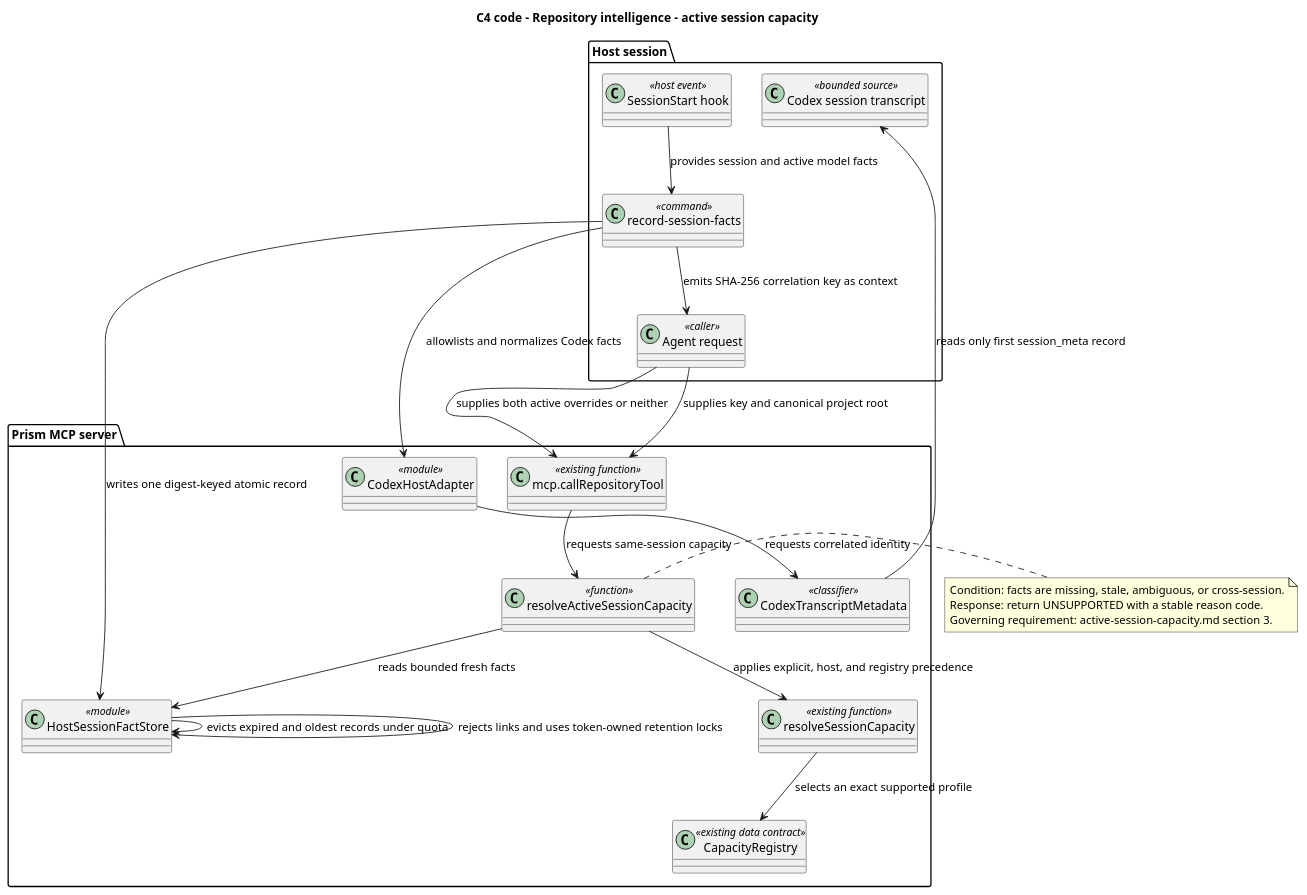
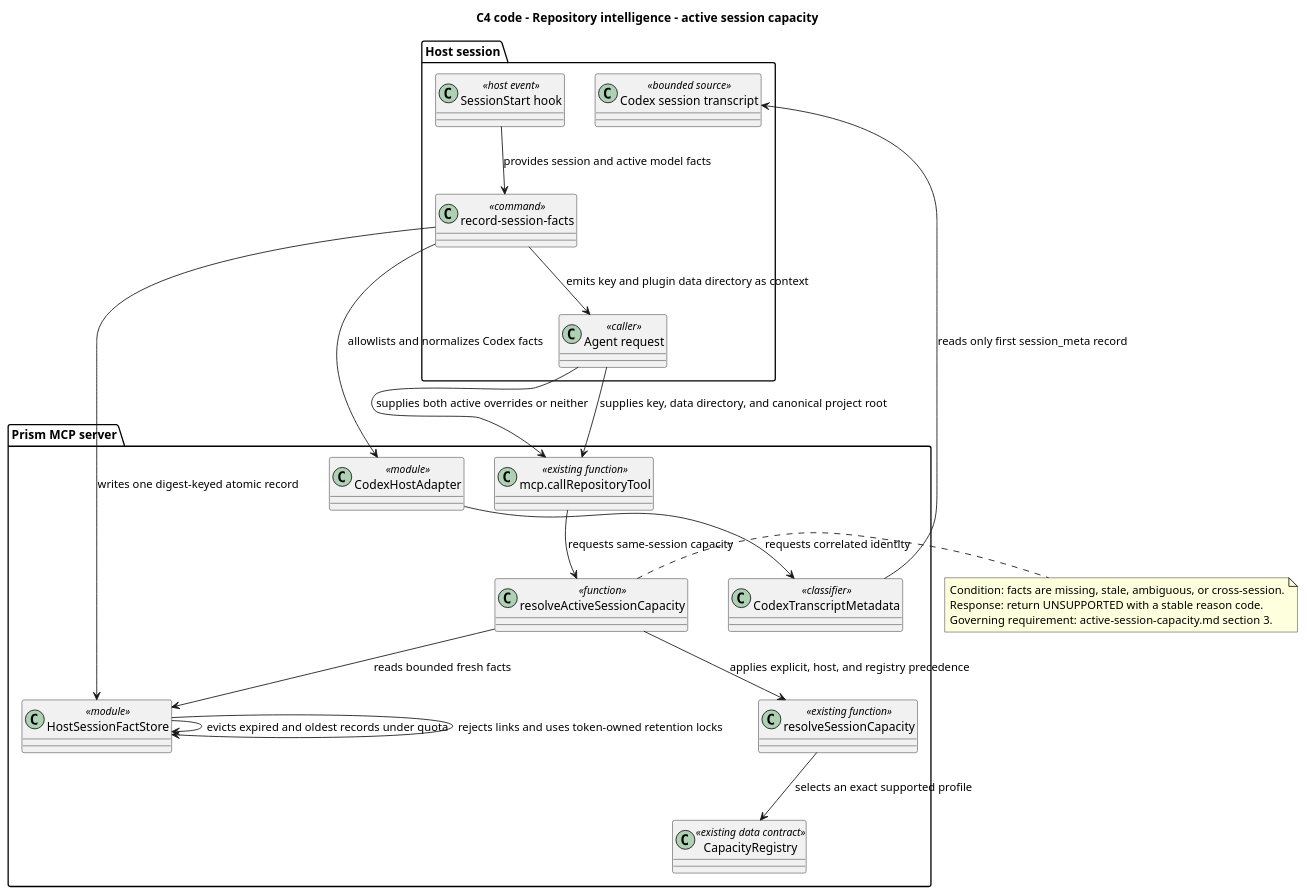
One commit to RumyantsevMichael/Prism changed the diagram in docs/plans/repository-intelligence/active-session-capacity/active-session-capacity.puml. Above: the diagram before and after it, drawn with PlantUML. The commit also changed 13 other files, not shown here.

```diff
--- a/docs/plans/repository-intelligence/active-session-capacity/active-session-capacity.puml
+++ b/docs/plans/repository-intelligence/active-session-capacity/active-session-capacity.puml
@@ -1,40 +1,40 @@
 @startuml
 title C4 code - Repository intelligence - active session capacity
 package "Host session" {
   class "SessionStart hook" as Hook <<host event>>
   class "record-session-facts" as Record <<command>>
   class "Codex session transcript" as Transcript <<bounded source>>
   class "Agent request" as Agent <<caller>>
 }
 
 package "Prism MCP server" {
   class "HostSessionFactStore" as Store <<module>>
   class "CodexHostAdapter" as Adapter <<module>>
   class "CodexTranscriptMetadata" as TranscriptMetadata <<classifier>>
   class "resolveActiveSessionCapacity" as Active <<function>>
   class "resolveSessionCapacity" as Resolve <<existing function>>
   class "CapacityRegistry" as Registry <<existing data contract>>
   class "mcp.callRepositoryTool" as Mcp <<existing function>>
 }
 
 Hook --> Record : provides session and active model facts
 Record --> Adapter : allowlists and normalizes Codex facts
 Adapter --> TranscriptMetadata : requests correlated identity
 TranscriptMetadata --> Transcript : reads only first session_meta record
 Record --> Store : writes one digest-keyed atomic record
 Store --> Store : evicts expired and oldest records under quota
 Store --> Store : rejects links and uses token-owned retention locks
-Record --> Agent : emits SHA-256 correlation key as context
-Agent --> Mcp : supplies key and canonical project root
+Record --> Agent : emits key and plugin data directory as context
+Agent --> Mcp : supplies key, data directory, and canonical project root
 Agent --> Mcp : supplies both active overrides or neither
 Mcp --> Active : requests same-session capacity
 Active --> Store : reads bounded fresh facts
 Active --> Resolve : applies explicit, host, and registry precedence
 Resolve --> Registry : selects an exact supported profile
 
 note right of Active
   Condition: facts are missing, stale, ambiguous, or cross-session.
   Response: return UNSUPPORTED with a stable reason code.
   Governing requirement: active-session-capacity.md section 3.
 end note
 @enduml
```
